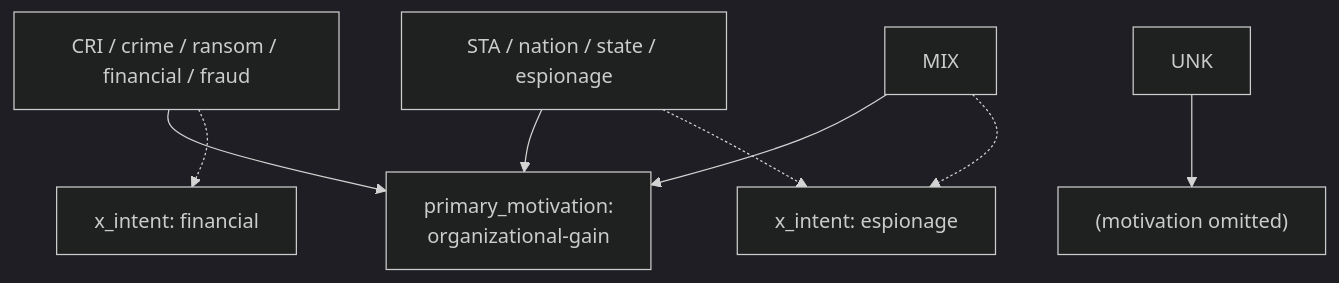
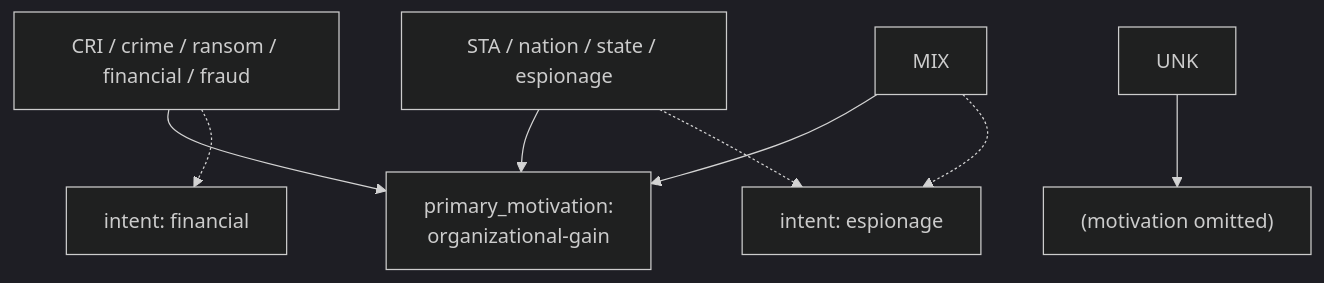
One commit to CTI-Center/PatchWork changed the first of 2 diagrams in docs/Vocabularies.md. Above: the diagram before and after it, drawn with Mermaid (dark theme). The commit also changed other lines of this file and 1247 other files, not shown here.

````diff
--- a/docs/Vocabularies.md
+++ b/docs/Vocabularies.md
@@ -87,10 +314,10 @@
 ```mermaid
 flowchart TB
   CRI["CRI / crime / ransom / financial / fraud"] --> OG["primary_motivation:<br/>organizational-gain"]
   STA["STA / nation / state / espionage"] --> OG
   MIX["MIX"] --> OG
   UNK["UNK"] --> OM["(motivation omitted)"]
-  CRI -.-> XF["x_intent: financial"]
-  STA -.-> XE["x_intent: espionage"]
+  CRI -.-> XF["intent: financial"]
+  STA -.-> XE["intent: espionage"]
   MIX -.-> XE
 ```
````
